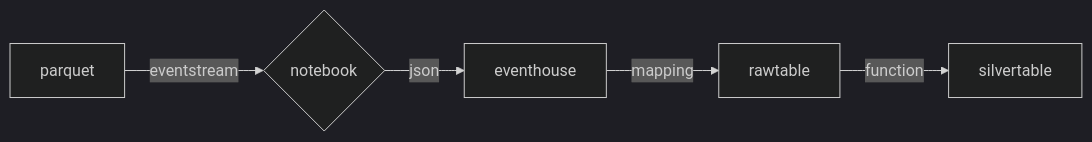
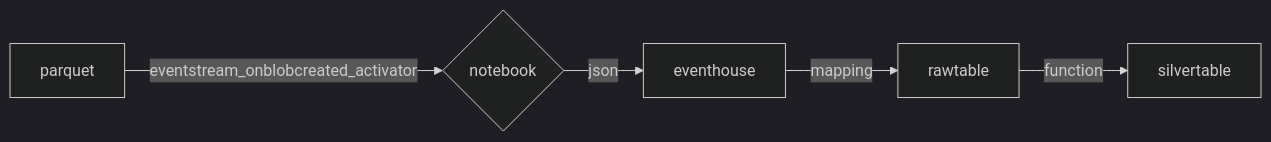
One commit to hfleitas/grouper changed the diagram in README.md. Above: the diagram before and after it, drawn with Mermaid (dark theme).

````diff
--- a/README.md
+++ b/README.md
@@ -12,7 +12,7 @@
 ```mermaid
 graph LR
-   parquet-->|eventstream | nb
+   parquet-->|eventstream_onblobcreated_activator | nb
    nb{notebook}-->|json | eventhouse
    eventhouse-->|mapping | rawtable
    rawtable-->|function | silvertable
 ```
````
